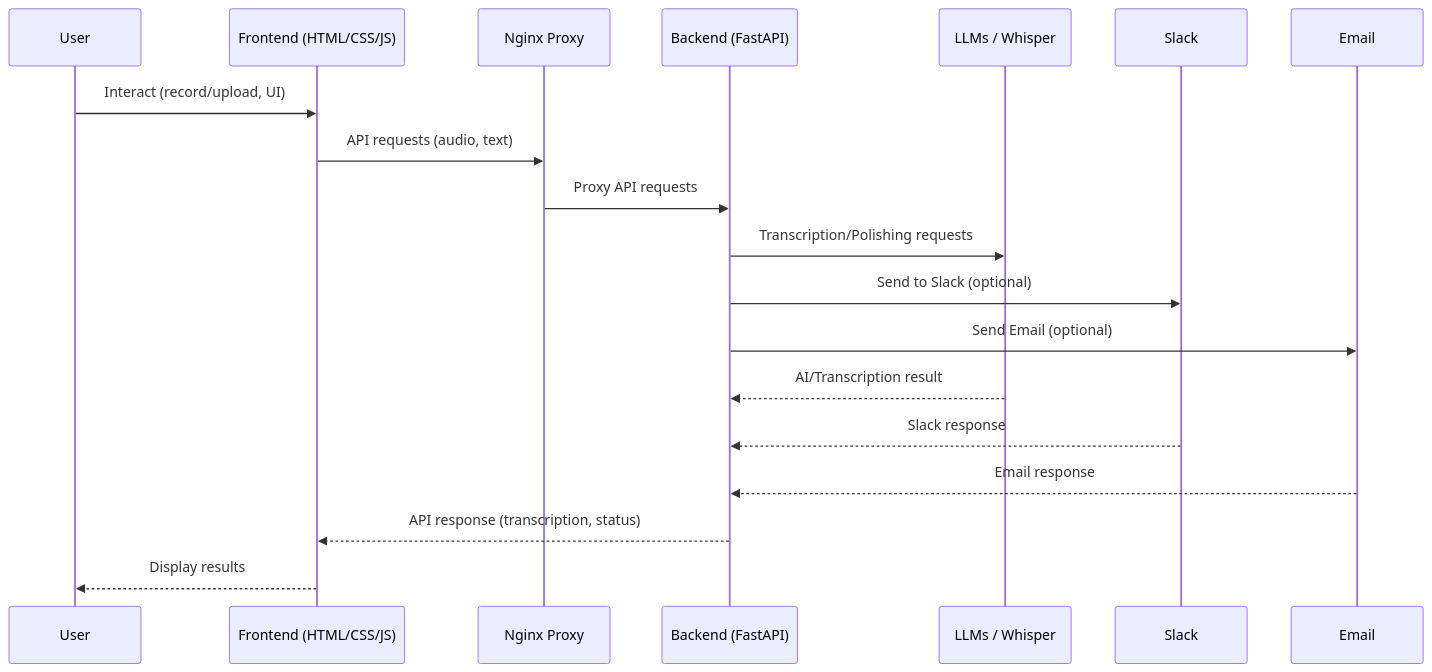
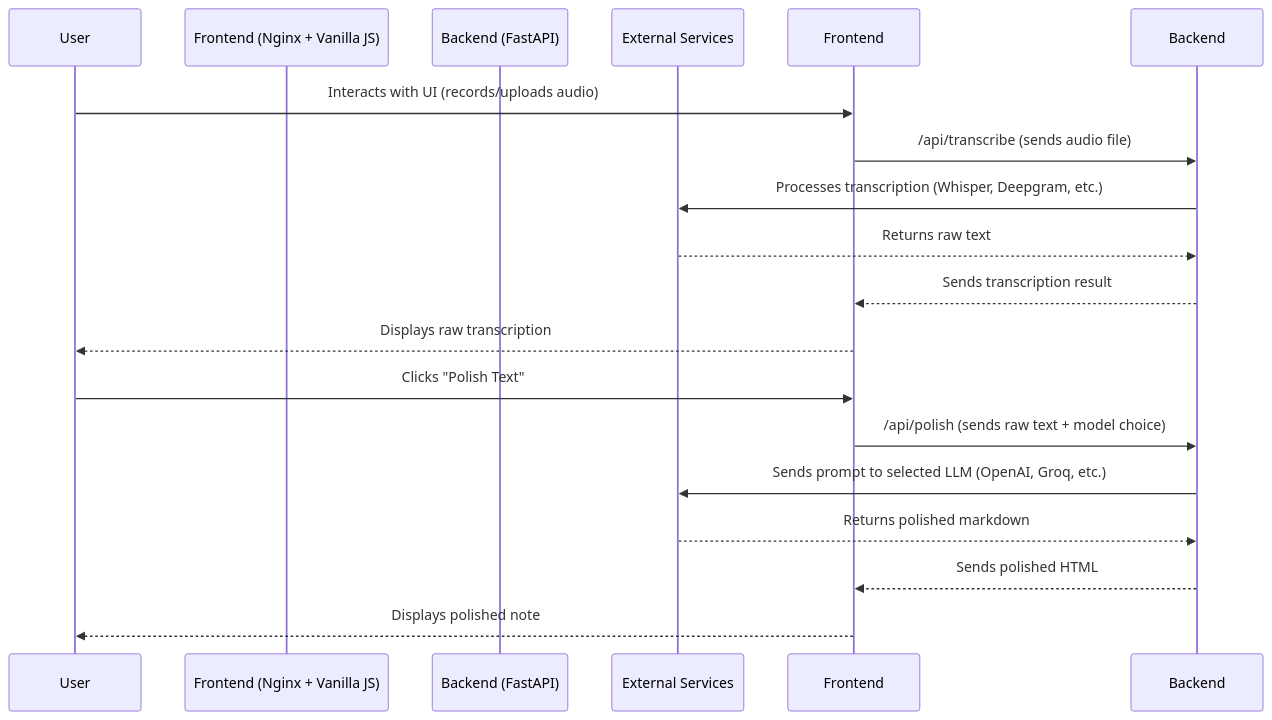
The diagram in README.md (Benrebello/Dictation_AI), drawn with Mermaid before and after one commit. The commit also changed other lines of this file, not shown here.

````diff
--- a/README.md
+++ b/README.md
@@ -40,22 +28,21 @@
 ```mermaid
 sequenceDiagram
-    participant U as User
-    participant F as Frontend (HTML/CSS/JS)
-    participant N as Nginx Proxy
-    participant B as Backend (FastAPI)
-    participant L as LLMs / Whisper
-    participant S as Slack
-    participant E as Email
+    participant User
+    participant Frontend (Nginx + Vanilla JS)
+    participant Backend (FastAPI)
+    participant External Services
 
-    U->>F: Interact (record/upload, UI)
-    F->>N: API requests (audio, text)
-    N->>B: Proxy API requests
-    B->>L: Transcription/Polishing requests
-    B->>S: Send to Slack (optional)
-    B->>E: Send Email (optional)
-    L-->>B: AI/Transcription result
-    S-->>B: Slack response
-    E-->>B: Email response
-    B-->>F: API response (transcription, status)
-    F-->>U: Display results
+    User->>Frontend: Interacts with UI (records/uploads audio)
+    Frontend->>Backend: /api/transcribe (sends audio file)
+    Backend->>External Services: Processes transcription (Whisper, Deepgram, etc.)
+    External Services-->>Backend: Returns raw text
+    Backend-->>Frontend: Sends transcription result
+    Frontend-->>User: Displays raw transcription
+
+    User->>Frontend: Clicks "Polish Text"
+    Frontend->>Backend: /api/polish (sends raw text + model choice)
+    Backend->>External Services: Sends prompt to selected LLM (OpenAI, Groq, etc.)
+    External Services-->>Backend: Returns polished markdown
+    Backend-->>Frontend: Sends polished HTML
+    Frontend-->>User: Displays polished note
 ```
````
